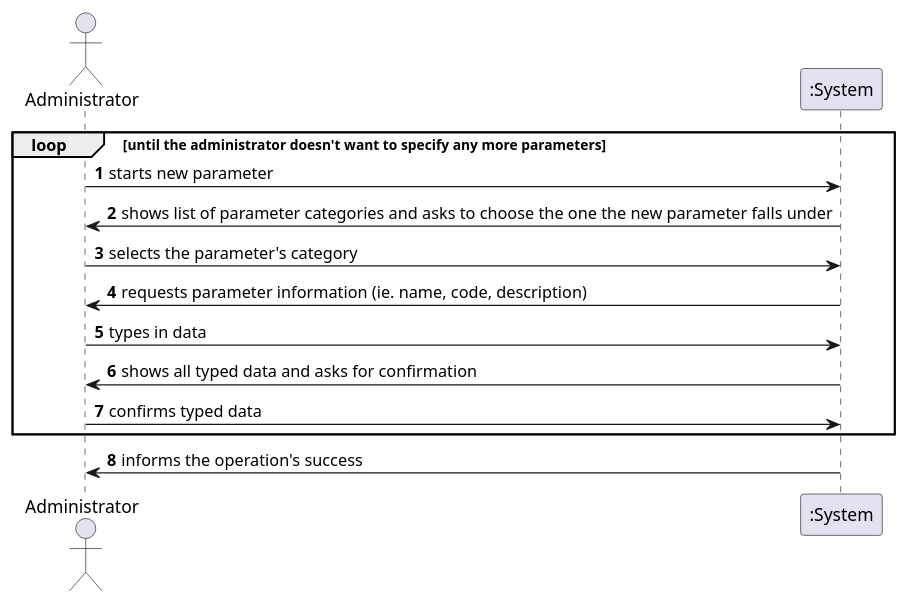
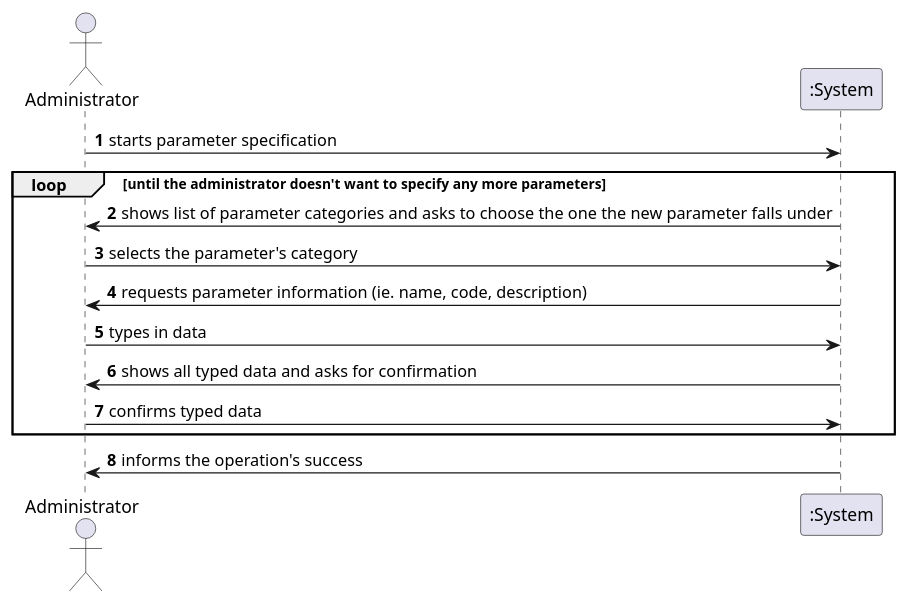
The diagram in docs/SprintC/US10/US10_SSD.puml (MadDinosaur/ISEP-LAPR2), drawn with PlantUML before and after one commit. The commit also changed 7 other files, not shown here.

```diff
--- a/docs/SprintC/US10/US10_SSD.puml
+++ b/docs/SprintC/US10/US10_SSD.puml
@@ -1,18 +1,18 @@
 @startuml
 
 autonumber
 
 actor Administrator
 
+Administrator -> ":System": starts parameter specification
 loop until the administrator doesn't want to specify any more parameters
-Administrator -> ":System": starts new parameter
 ":System" -> Administrator: shows list of parameter categories and asks to choose the one the new parameter falls under
 Administrator -> ":System": selects the parameter's category
 ":System" -> Administrator: requests parameter information (ie. name, code, description)
 Administrator -> ":System": types in data
 ":System" -> Administrator: shows all typed data and asks for confirmation
 Administrator -> ":System": confirms typed data
 end loop
 ":System" -> Administrator: informs the operation's success
 
 @enduml
```
